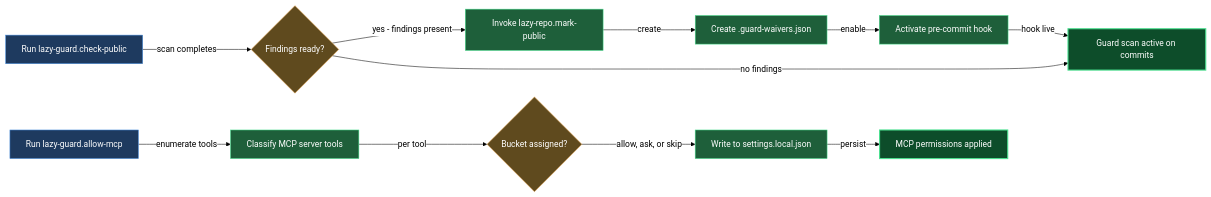
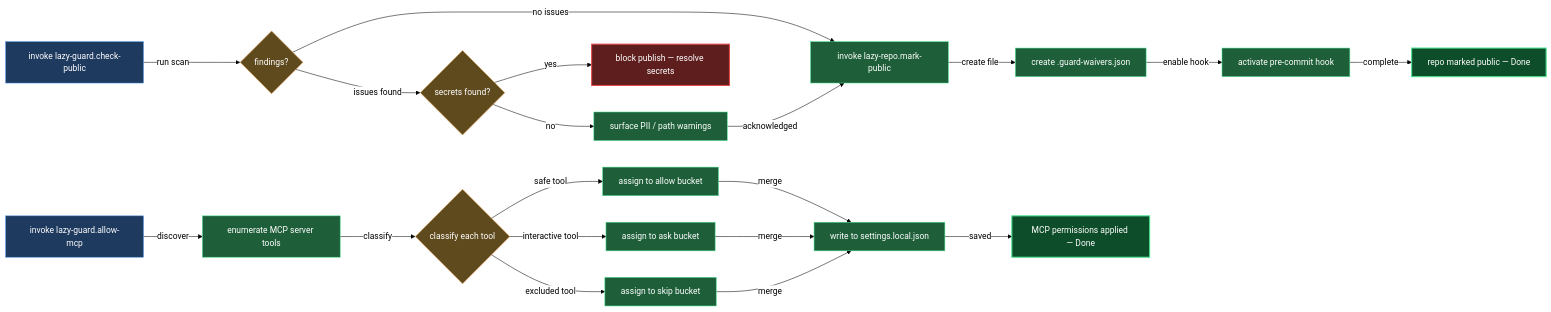
The diagram in claude/lazycortex-core/help/guardian.md (mebius-san/lazy-cortex), drawn with Mermaid before and after one commit. The commit also changed other lines of this file and 23 other files, not shown here.

````diff
--- a/claude/lazycortex-core/help/guardian.md
+++ b/claude/lazycortex-core/help/guardian.md
@@ -58,46 +58,66 @@
 ```mermaid
 %%{init: {'themeVariables':{'background':'transparent','lineColor':'#000','textColor':'#000','edgeLabelBackground':'#fff'},'themeCSS':'.edgeLabel{background-color:transparent!important}.edgeLabel p{background-color:transparent!important}','flowchart':{'diagramPadding':5,'useMaxWidth':true}}}%%
 flowchart LR
-  runCheckPublic[Run lazy-guard.check-public]
-  findingsReady{Findings ready?}
-  invokeMarkPublic[Invoke lazy-repo.mark-public]
-  createWaivers[Create .guard-waivers.json]
-  activateHook[Activate pre-commit hook]
-  guardDone[Guard scan active on commits]
+  invokeCheckPublic[invoke lazy-guard.check-public]
+  scanFindings{findings?}
+  failSecrets{secrets found?}
+  warnPii[surface PII / path warnings]
+  blockPublish[block publish — resolve secrets]
+  invokeMarkPublic[invoke lazy-repo.mark-public]
+  createWaivers[create .guard-waivers.json]
+  activateHook[activate pre-commit hook]
+  publishDone[repo marked public — Done]
 
-  runAllowMcp[Run lazy-guard.allow-mcp]
-  classifyTools[Classify MCP server tools]
-  bucketGuard{Bucket assigned?}
-  writeSettings[Write to settings.local.json]
-  allowMcpDone[MCP permissions applied]
+  invokeAllowMcp[invoke lazy-guard.allow-mcp]
+  enumerateTools[enumerate MCP server tools]
+  classifyTools{classify each tool}
+  bucketAllow[assign to allow bucket]
+  bucketAsk[assign to ask bucket]
+  bucketSkip[assign to skip bucket]
+  writeSettings[write to settings.local.json]
+  mcpDone[MCP permissions applied — Done]
 
-  runCheckPublic -->|scan completes| findingsReady
-  findingsReady -->|yes - findings present| invokeMarkPublic
-  findingsReady -->|no findings| guardDone
-  invokeMarkPublic -->|create| createWaivers
-  createWaivers -->|enable| activateHook
-  activateHook -->|hook live| guardDone
+  invokeCheckPublic -->|run scan| scanFindings
+  scanFindings -->|no issues| invokeMarkPublic
+  scanFindings -->|issues found| failSecrets
+  failSecrets -->|yes| blockPublish
+  failSecrets -->|no| warnPii
+  warnPii -->|acknowledged| invokeMarkPublic
+  invokeMarkPublic -->|create file| createWaivers
+  createWaivers -->|enable hook| activateHook
+  activateHook -->|complete| publishDone
 
-  runAllowMcp -->|enumerate tools| classifyTools
-  classifyTools -->|per tool| bucketGuard
-  bucketGuard -->|allow, ask, or skip| writeSettings
-  writeSettings -->|persist| allowMcpDone
+  invokeAllowMcp -->|discover| enumerateTools
+  enumerateTools -->|classify| classifyTools
+  classifyTools -->|safe tool| bucketAllow
+  classifyTools -->|interactive tool| bucketAsk
+  classifyTools -->|excluded tool| bucketSkip
+  bucketAllow -->|merge| writeSettings
+  bucketAsk -->|merge| writeSettings
+  bucketSkip -->|merge| writeSettings
+  writeSettings -->|saved| mcpDone
 
   classDef entry fill:#1e3a5f,stroke:#4a90e2,color:#fff
   classDef guard fill:#5f4a1e,stroke:#e2a14a,color:#fff
   classDef action fill:#1e5f3a,stroke:#4ae290,color:#fff
   classDef success fill:#0d4d2a,stroke:#4ae290,color:#fff,stroke-width:2px
   classDef error fill:#5f1e1e,stroke:#e24a4a,color:#fff,stroke-width:2px
 
-  class runCheckPublic entry
-  class runAllowMcp entry
-  class findingsReady guard
-  class bucketGuard guard
+  class invokeCheckPublic entry
+  class invokeAllowMcp entry
+  class scanFindings guard
+  class failSecrets guard
+  class classifyTools guard
+  class warnPii action
   class invokeMarkPublic action
   class createWaivers action
   class activateHook action
-  class classifyTools action
+  class enumerateTools action
+  class bucketAllow action
+  class bucketAsk action
+  class bucketSkip action
   class writeSettings action
-  class guardDone success
-  class allowMcpDone success
+  class blockPublish error
+  class publishDone success
+  class mcpDone success
 ```
````
